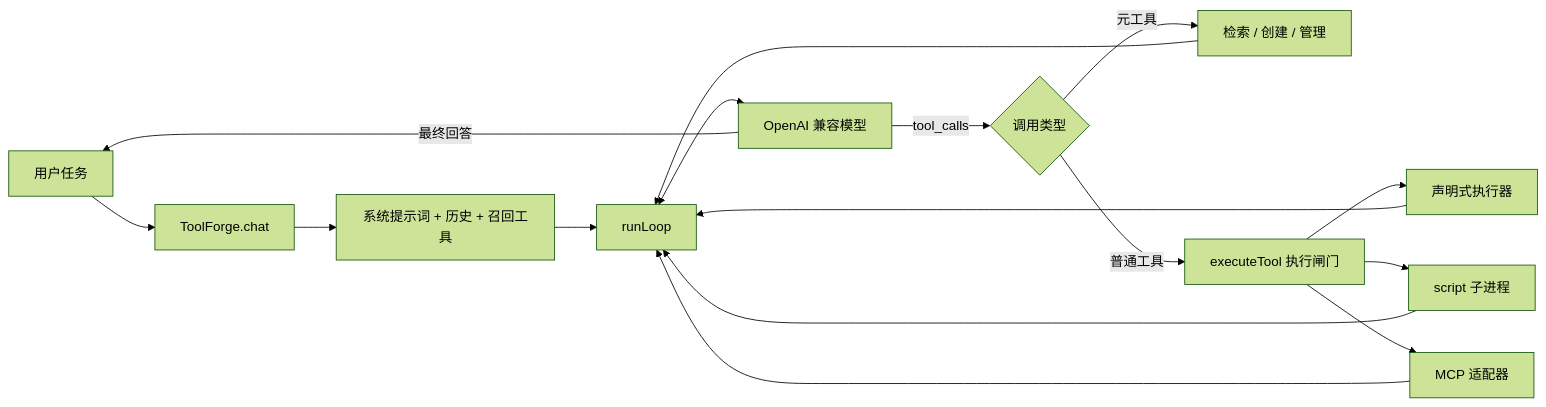
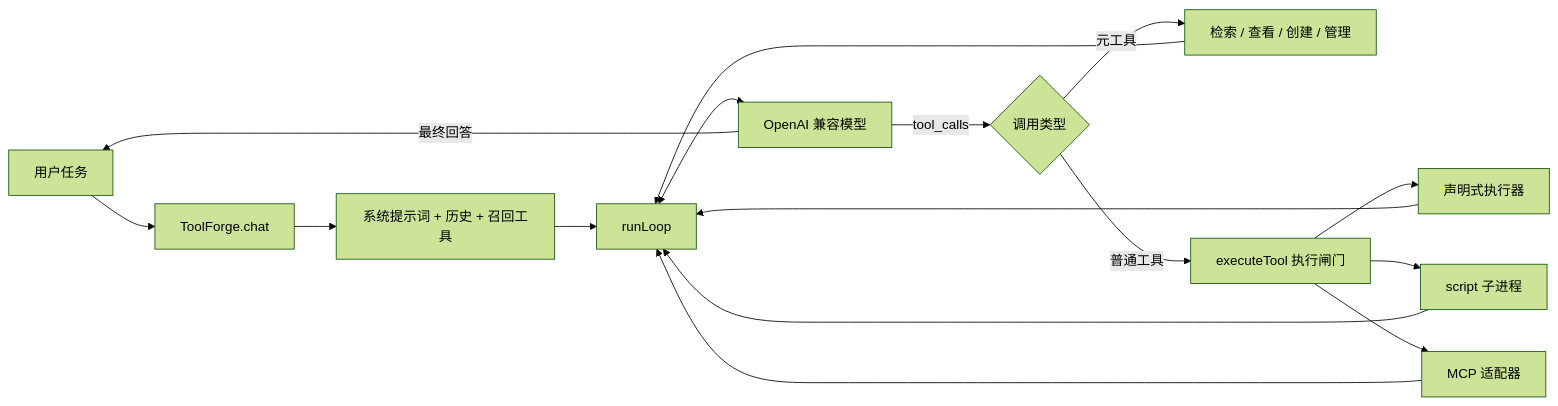
One commit to tzy168/toolforge changed the diagram in README.md. Above: the diagram before and after it, drawn with Mermaid (forest theme). The commit also changed other lines of this file and 6 other files, not shown here.

````diff
--- a/README.md
+++ b/README.md
@@ -117,18 +58,18 @@
 ```mermaid
 flowchart LR
-    U[用户任务] --> F[ToolForge.chat]
-    F --> C[系统提示词 + 历史 + 召回工具]
-    C --> L[runLoop]
+    U[用户任务] --> C[ToolForge.chat]
+    C --> S[系统提示词 + 历史 + 召回工具]
+    S --> L[runLoop]
     L <--> M[OpenAI 兼容模型]
     M -->|tool_calls| R{调用类型}
-    R -->|元工具| T[检索 / 创建 / 管理]
+    R -->|元工具| T[检索 / 查看 / 创建 / 管理]
     R -->|普通工具| B[executeTool 执行闸门]
     T --> L
     B --> D[声明式执行器]
-    B --> S[script 子进程]
+    B --> P[script 子进程]
     B --> X[MCP 适配器]
     D --> L
-    S --> L
+    P --> L
     X --> L
     M -->|最终回答| U
 ```
````
